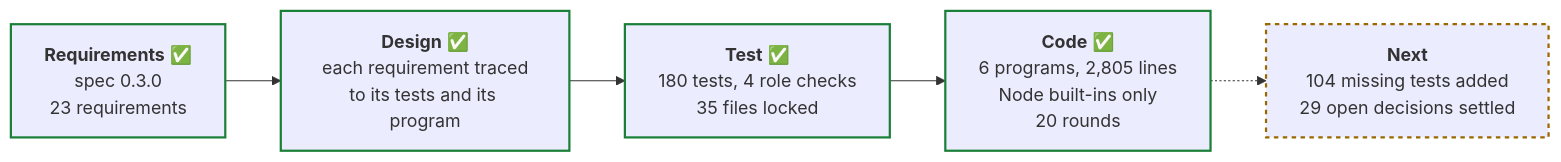
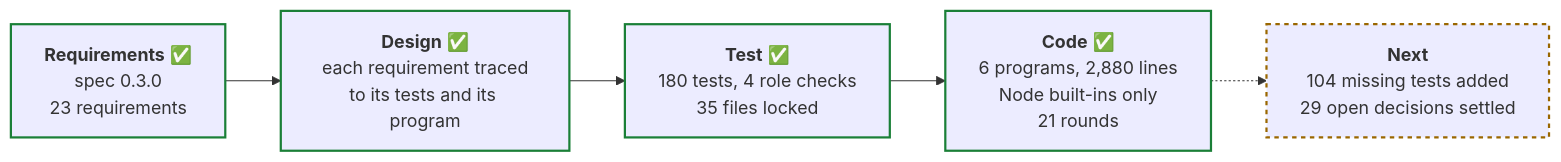
Before and after one commit to PaulDuvall/adlc-security-reviewer: the third of 4 diagrams in README.md, drawn with Mermaid. The commit also changed other lines of this file and 3 other files, not shown here.

````diff
--- a/README.md
+++ b/README.md
@@ -282,13 +282,13 @@
 ```mermaid
 flowchart LR
   req["<b>Requirements</b> ✅<br/>spec 0.3.0<br/>23 requirements"]
   des["<b>Design</b> ✅<br/>each requirement traced<br/>to its tests and its program"]
   tst["<b>Test</b> ✅<br/>180 tests, 4 role checks<br/>35 files locked"]
-  cod["<b>Code</b> ✅<br/>6 programs, 2,805 lines<br/>Node built-ins only<br/>20 rounds"]
+  cod["<b>Code</b> ✅<br/>6 programs, 2,880 lines<br/>Node built-ins only<br/>21 rounds"]
   nxt["<b>Next</b><br/>104 missing tests added<br/>29 open decisions settled"]
   req --> des --> tst --> cod -.-> nxt
   classDef done stroke:#1a7f37,stroke-width:2px
   classDef next stroke:#9a6700,stroke-width:2px,stroke-dasharray:4
   class req,des,tst,cod done
   class nxt next
 ```
````
